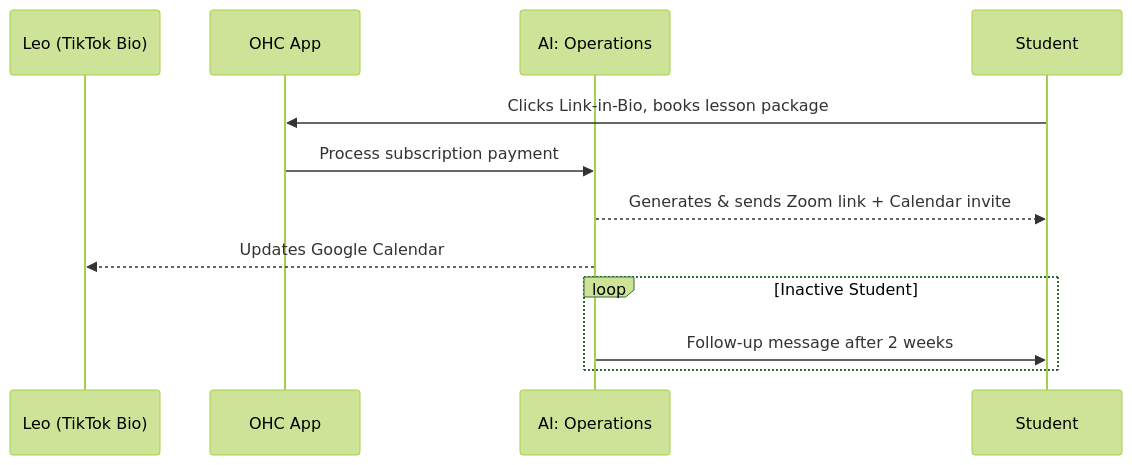
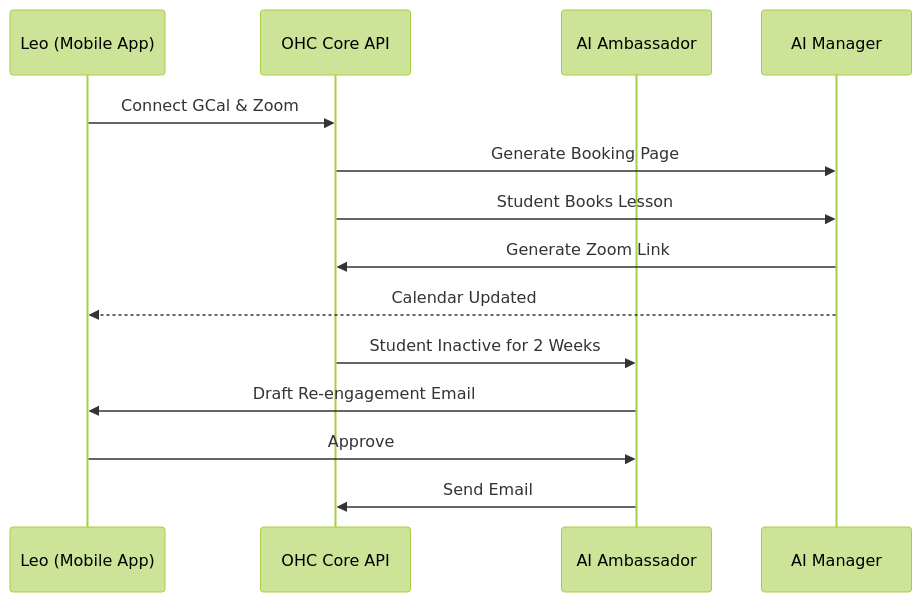
One commit to omnisolo-llc/onehumancorp changed the fourth of 5 diagrams in .agent-task/report/task_output.md. Above: the diagram before and after it, drawn with Mermaid (forest theme). The commit also changed other lines of this file, not shown here.

Commit message:
🧹 Maintainer: [architecture] Define Business Journey Architecture for all Personas

````diff
--- a/.agent-task/report/task_output.md
+++ b/.agent-task/report/task_output.md
@@ -91,15 +131,21 @@
 ```mermaid
 sequenceDiagram
-    participant Leo as Leo (TikTok Bio)
-    participant OHC as OHC App
-    participant AI_Ops as AI: Operations
-    participant Student as Student
+    participant Leo as Leo (Mobile App)
+    participant Core as OHC Core API
+    participant CS as AI Ambassador
+    participant Ops as AI Manager
 
-    Student->>OHC: Clicks Link-in-Bio, books lesson package
-    OHC->>AI_Ops: Process subscription payment
-    AI_Ops-->>Student: Generates & sends Zoom link + Calendar invite
-    AI_Ops-->>Leo: Updates Google Calendar
-    loop Inactive Student
-        AI_Ops->>Student: Follow-up message after 2 weeks
-    end
+    Leo->>Core: Connect GCal & Zoom
+    Core->>Ops: Generate Booking Page
+
+    %% Booking & Follow-up
+    Core->>Ops: Student Books Lesson
+    Ops->>Core: Generate Zoom Link
+    Ops-->>Leo: Calendar Updated
+
+    %% Retention
+    Core->>CS: Student Inactive for 2 Weeks
+    CS->>Leo: Draft Re-engagement Email
+    Leo->>CS: Approve
+    CS->>Core: Send Email
 ```
````
